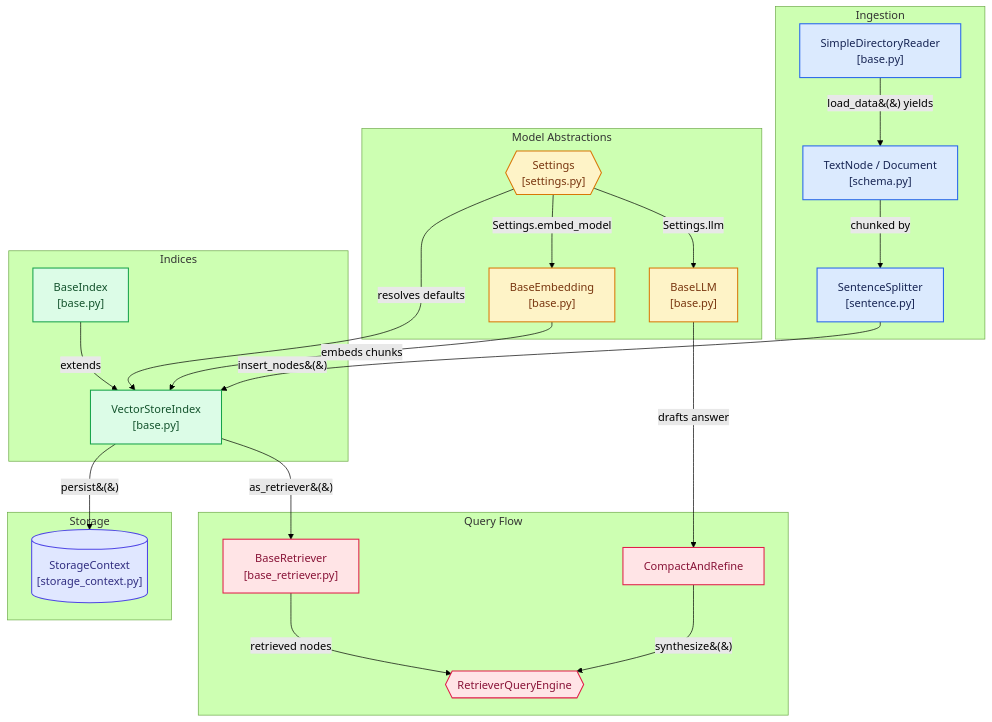
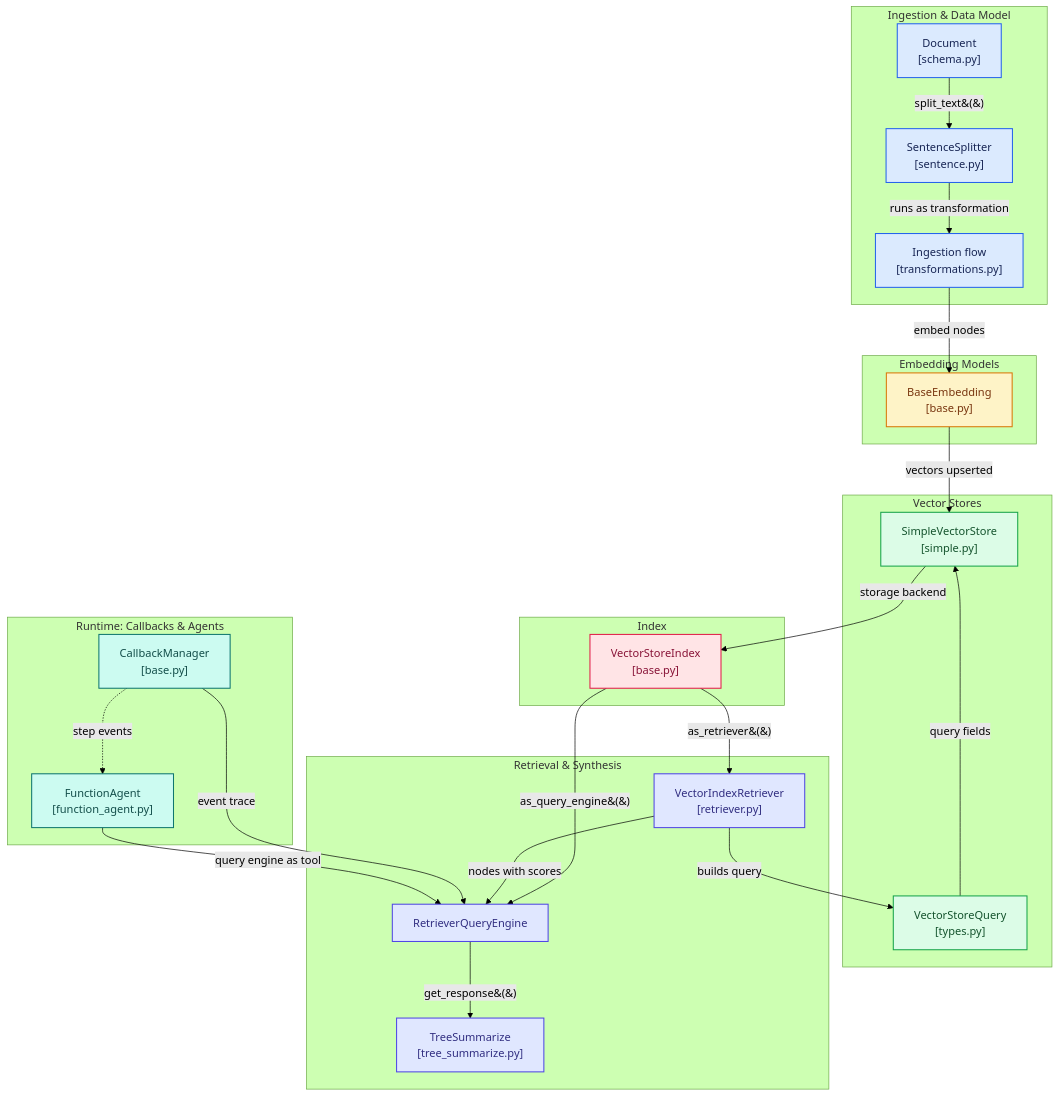
The diagram in diagrams/llama-index/llama-index-overview-architecture.mmd (py2ai/py2ai.github.io), drawn with Mermaid (forest theme) before and after one commit. The commit also changed 8 other files, not shown here.

Commit message:
Add LlamaIndex source tour with architecture diagrams

```diff
--- a/diagrams/llama-index/llama-index-overview-architecture.mmd
+++ b/diagrams/llama-index/llama-index-overview-architecture.mmd
@@ -1,68 +1,73 @@
 flowchart TD
 
-subgraph group_g_ingest["Ingestion"]
-  node_reader["SimpleDirectoryReader<br/>[base.py]"]
-  node_text_node["TextNode / Document<br/>[schema.py]"]
+subgraph group_data["Ingestion &amp; Data Model"]
+  node_docs["Document<br/>[schema.py]"]
   node_splitter["SentenceSplitter<br/>[sentence.py]"]
+  node_ingestflow["Ingestion flow<br/>[transformations.py]"]
 end
 
-subgraph group_g_models["Model Abstractions"]
-  node_settings{{"Settings<br/>[settings.py]"}}
-  node_base_llm["BaseLLM<br/>[base.py]"]
-  node_base_embedding["BaseEmbedding<br/>[base.py]"]
+subgraph group_model["Embedding Models"]
+  node_embedding["BaseEmbedding<br/>[base.py]"]
 end
 
-subgraph group_g_index["Indices"]
-  node_base_index["BaseIndex<br/>[base.py]"]
-  node_vector_index["VectorStoreIndex<br/>[base.py]"]
+subgraph group_store["Vector Stores"]
+  node_vquery["VectorStoreQuery<br/>[types.py]"]
+  node_vstore["SimpleVectorStore<br/>[simple.py]"]
 end
 
-subgraph group_g_query["Query Flow"]
-  node_retriever["BaseRetriever<br/>[base_retriever.py]"]
-  node_query_engine{{"RetrieverQueryEngine"}}
-  node_synth["CompactAndRefine"]
+subgraph group_index["Index"]
+  node_index["VectorStoreIndex<br/>[base.py]"]
 end
 
-subgraph group_g_storage["Storage"]
-  node_storage[("StorageContext<br/>[storage_context.py]")]
+subgraph group_query["Retrieval &amp; Synthesis"]
+  node_retriever["VectorIndexRetriever<br/>[retriever.py]"]
+  node_qengine["RetrieverQueryEngine"]
+  node_synth["TreeSummarize<br/>[tree_summarize.py]"]
 end
 
-node_reader -->|"load_data&#40;&#41; yields"| node_text_node
-node_text_node -->|"chunked by"| node_splitter
-node_splitter -->|"insert_nodes&#40;&#41;"| node_vector_index
-node_base_embedding -->|"embeds chunks"| node_vector_index
-node_settings -->|"Settings.llm"| node_base_llm
-node_settings -->|"Settings.embed_model"| node_base_embedding
-node_settings -->|"resolves defaults"| node_vector_index
-node_base_index -->|"extends"| node_vector_index
-node_vector_index -->|"as_retriever&#40;&#41;"| node_retriever
-node_retriever -->|"retrieved nodes"| node_query_engine
-node_base_llm -->|"drafts answer"| node_synth
-node_synth -->|"synthesize&#40;&#41;"| node_query_engine
-node_vector_index -->|"persist&#40;&#41;"| node_storage
+subgraph group_runtime["Runtime: Callbacks &amp; Agents"]
+  node_callbacks["CallbackManager<br/>[base.py]"]
+  node_agent["FunctionAgent<br/>[function_agent.py]"]
+end
 
-click node_reader "https://github.com/run-llama/llama_index/blob/main/llama-index-core/llama_index/core/readers/file/base.py"
-click node_text_node "https://github.com/run-llama/llama_index/blob/main/llama-index-core/llama_index/core/schema.py"
+node_docs -->|"split_text&#40;&#41;"| node_splitter
+node_splitter -->|"runs as transformation"| node_ingestflow
+node_ingestflow -->|"embed nodes"| node_embedding
+node_embedding -->|"vectors upserted"| node_vstore
+node_vquery -->|"query fields"| node_vstore
+node_vstore -->|"storage backend"| node_index
+node_index -->|"as_retriever&#40;&#41;"| node_retriever
+node_index -->|"as_query_engine&#40;&#41;"| node_qengine
+node_retriever -->|"builds query"| node_vquery
+node_retriever -->|"nodes with scores"| node_qengine
+node_qengine -->|"get_response&#40;&#41;"| node_synth
+node_callbacks -->|"event trace"| node_qengine
+node_agent -->|"query engine as tool"| node_qengine
+node_callbacks -.->|"step events"| node_agent
+
+click node_docs "https://github.com/run-llama/llama_index/blob/main/llama-index-core/llama_index/core/schema.py"
 click node_splitter "https://github.com/run-llama/llama_index/blob/main/llama-index-core/llama_index/core/node_parser/text/sentence.py"
-click node_settings "https://github.com/run-llama/llama_index/blob/main/llama-index-core/llama_index/core/settings.py"
-click node_base_llm "https://github.com/run-llama/llama_index/blob/main/llama-index-core/llama_index/core/base/llms/base.py"
-click node_base_embedding "https://github.com/run-llama/llama_index/blob/main/llama-index-core/llama_index/core/base/embeddings/base.py"
-click node_base_index "https://github.com/run-llama/llama_index/blob/main/llama-index-core/llama_index/core/indices/base.py"
-click node_vector_index "https://github.com/run-llama/llama_index/blob/main/llama-index-core/llama_index/core/indices/vector_store/base.py"
-click node_retriever "https://github.com/run-llama/llama_index/blob/main/llama-index-core/llama_index/core/base/base_retriever.py"
-click node_query_engine "https://github.com/run-llama/llama_index/blob/main/llama-index-core/llama_index/core/query_engine/retriever_query_engine.py"
-click node_synth "https://github.com/run-llama/llama_index/blob/main/llama-index-core/llama_index/core/response_synthesizers/compact_and_refine.py"
-click node_storage "https://github.com/run-llama/llama_index/blob/main/llama-index-core/llama_index/core/storage/storage_context.py"
+click node_ingestflow "https://github.com/run-llama/llama_index/blob/main/llama-index-core/llama_index/core/ingestion/transformations.py"
+click node_embedding "https://github.com/run-llama/llama_index/blob/main/llama-index-core/llama_index/core/base/embeddings/base.py"
+click node_vquery "https://github.com/run-llama/llama_index/blob/main/llama-index-core/llama_index/core/vector_stores/types.py"
+click node_vstore "https://github.com/run-llama/llama_index/blob/main/llama-index-core/llama_index/core/vector_stores/simple.py"
+click node_index "https://github.com/run-llama/llama_index/blob/main/llama-index-core/llama_index/core/indices/vector_store/base.py"
+click node_retriever "https://github.com/run-llama/llama_index/blob/main/llama-index-core/llama_index/core/indices/vector_store/retrievers/retriever.py"
+click node_qengine "https://github.com/run-llama/llama_index/blob/main/llama-index-core/llama_index/core/query_engine/retriever_query_engine.py"
+click node_synth "https://github.com/run-llama/llama_index/blob/main/llama-index-core/llama_index/core/response_synthesizers/tree_summarize.py"
+click node_callbacks "https://github.com/run-llama/llama_index/blob/main/llama-index-core/llama_index/core/callbacks/base.py"
+click node_agent "https://github.com/run-llama/llama_index/blob/main/llama-index-core/llama_index/core/agent/workflow/function_agent.py"
 
 classDef toneNeutral fill:#f8fafc,stroke:#334155,stroke-width:1.5px,color:#0f172a
 classDef toneBlue fill:#dbeafe,stroke:#2563eb,stroke-width:1.5px,color:#172554
 classDef toneAmber fill:#fef3c7,stroke:#d97706,stroke-width:1.5px,color:#78350f
 classDef toneMint fill:#dcfce7,stroke:#16a34a,stroke-width:1.5px,color:#14532d
 classDef toneRose fill:#ffe4e6,stroke:#e11d48,stroke-width:1.5px,color:#881337
 classDef toneIndigo fill:#e0e7ff,stroke:#4f46e5,stroke-width:1.5px,color:#312e81
 classDef toneTeal fill:#ccfbf1,stroke:#0f766e,stroke-width:1.5px,color:#134e4a
-class node_reader,node_text_node,node_splitter toneBlue
-class node_settings,node_base_llm,node_base_embedding toneAmber
-class node_base_index,node_vector_index toneMint
-class node_retriever,node_query_engine,node_synth toneRose
-class node_storage toneIndigo
+class node_docs,node_splitter,node_ingestflow toneBlue
+class node_embedding toneAmber
+class node_vquery,node_vstore toneMint
+class node_index toneRose
+class node_retriever,node_qengine,node_synth toneIndigo
+class node_callbacks,node_agent toneTeal
```
